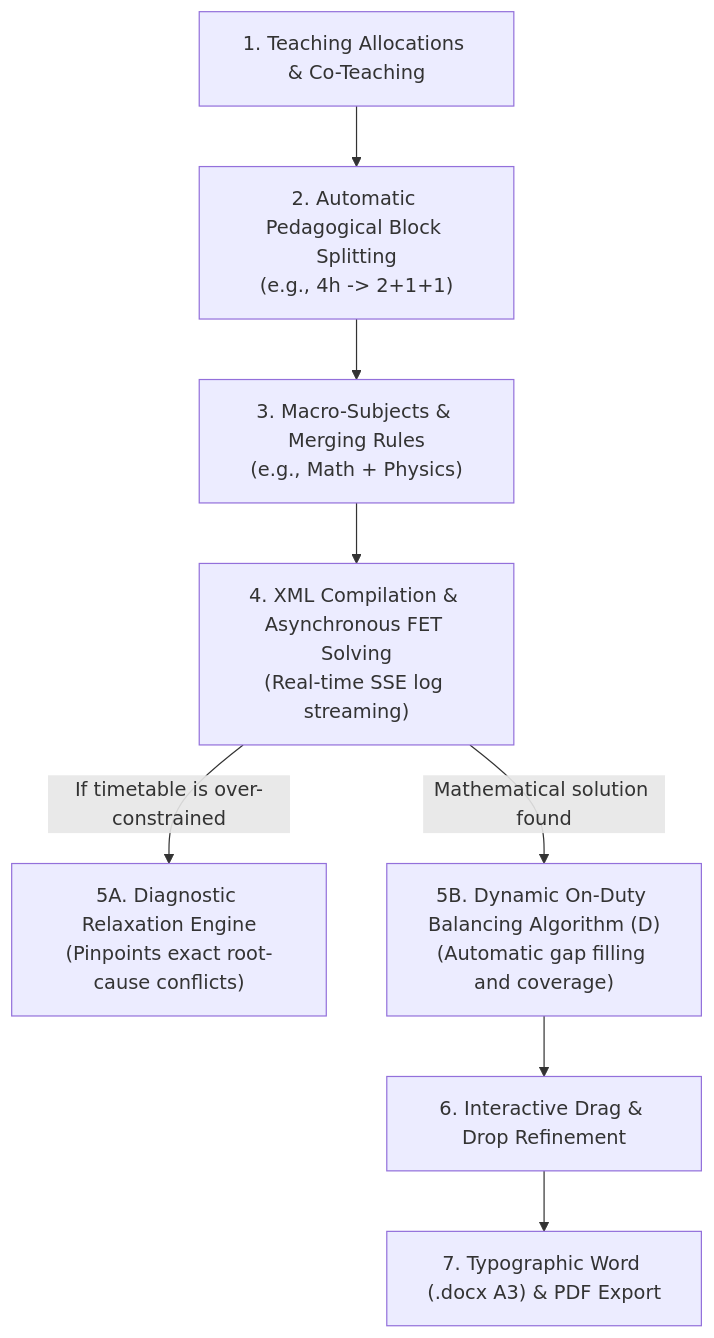
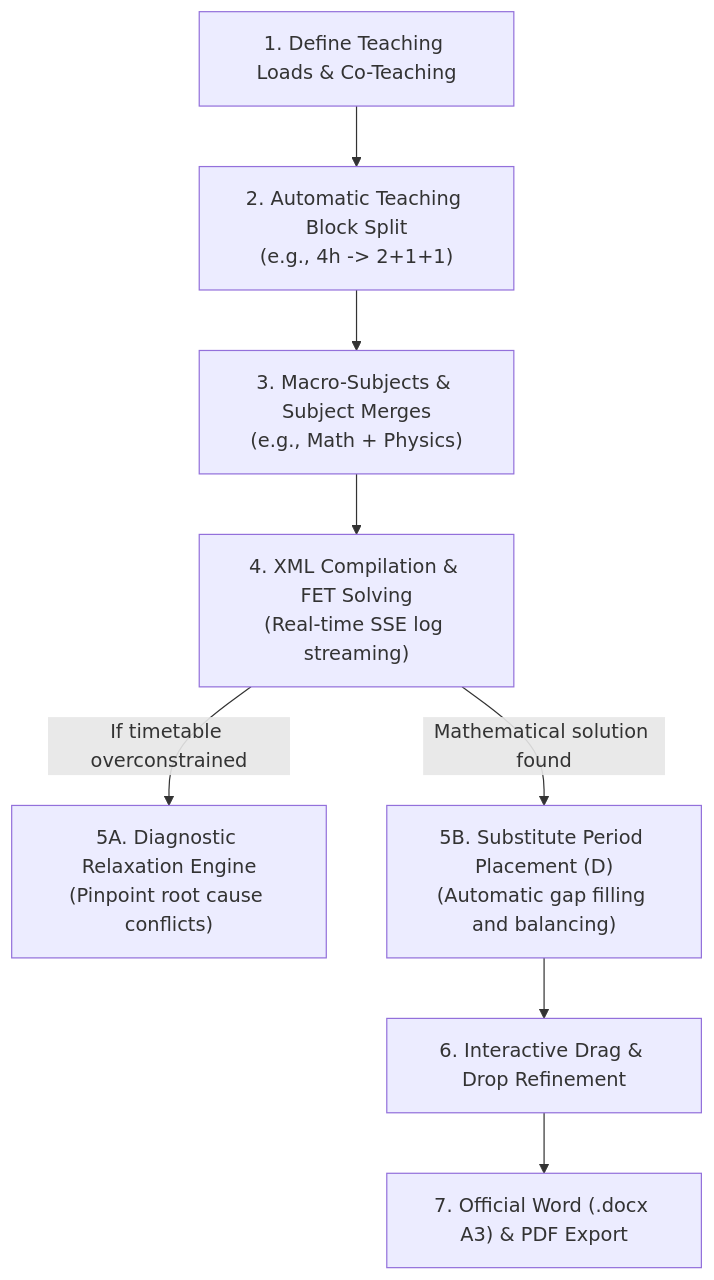
One commit to carlorigoni/eurario changed the first of 3 diagrams in docs/en/timetable-flow.md. Above: the diagram before and after it, drawn with Mermaid. The commit also changed other lines of this file and 13 other files, not shown here.

````diff
--- a/docs/en/timetable-flow.md
+++ b/docs/en/timetable-flow.md
@@ -12,10 +10,10 @@
 ```mermaid
 flowchart TD
-    A["1. Teaching Allocations & Co-Teaching"] --> B["2. Automatic Pedagogical Block Splitting\n(e.g., 4h -> 2+1+1)"]
-    B --> C["3. Macro-Subjects & Merging Rules\n(e.g., Math + Physics)"]
-    C --> D["4. XML Compilation & Asynchronous FET Solving\n(Real-time SSE log streaming)"]
-    D -->|"If timetable is over-constrained"| E["5A. Diagnostic Relaxation Engine\n(Pinpoints exact root-cause conflicts)"]
-    D -->|"Mathematical solution found"| F["5B. Dynamic On-Duty Balancing Algorithm (D)\n(Automatic gap filling and coverage)"]
+    A["1. Define Teaching Loads & Co-Teaching"] --> B["2. Automatic Teaching Block Split\n(e.g., 4h -> 2+1+1)"]
+    B --> C["3. Macro-Subjects & Subject Merges\n(e.g., Math + Physics)"]
+    C --> D["4. XML Compilation & FET Solving\n(Real-time SSE log streaming)"]
+    D -->|"If timetable overconstrained"| E["5A. Diagnostic Relaxation Engine\n(Pinpoint root cause conflicts)"]
+    D -->|"Mathematical solution found"| F["5B. Substitute Period Placement (D)\n(Automatic gap filling and balancing)"]
     F --> G["6. Interactive Drag & Drop Refinement"]
-    G --> H["7. Typographic Word (.docx A3) & PDF Export"]
+    G --> H["7. Official Word (.docx A3) & PDF Export"]
 ```
````
